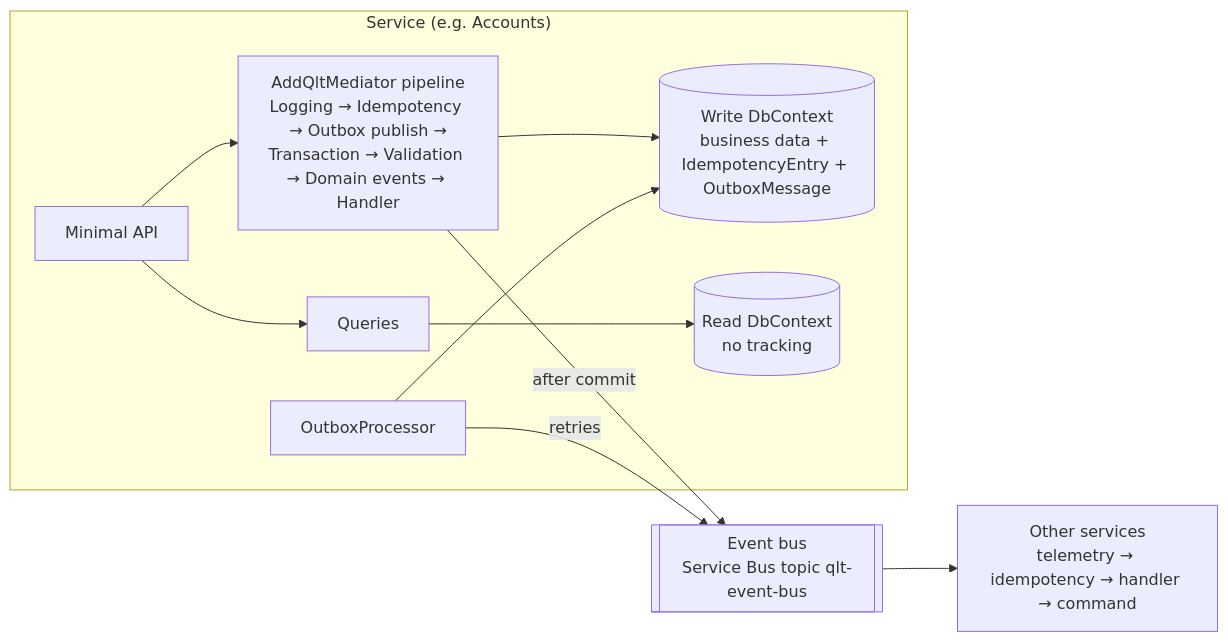
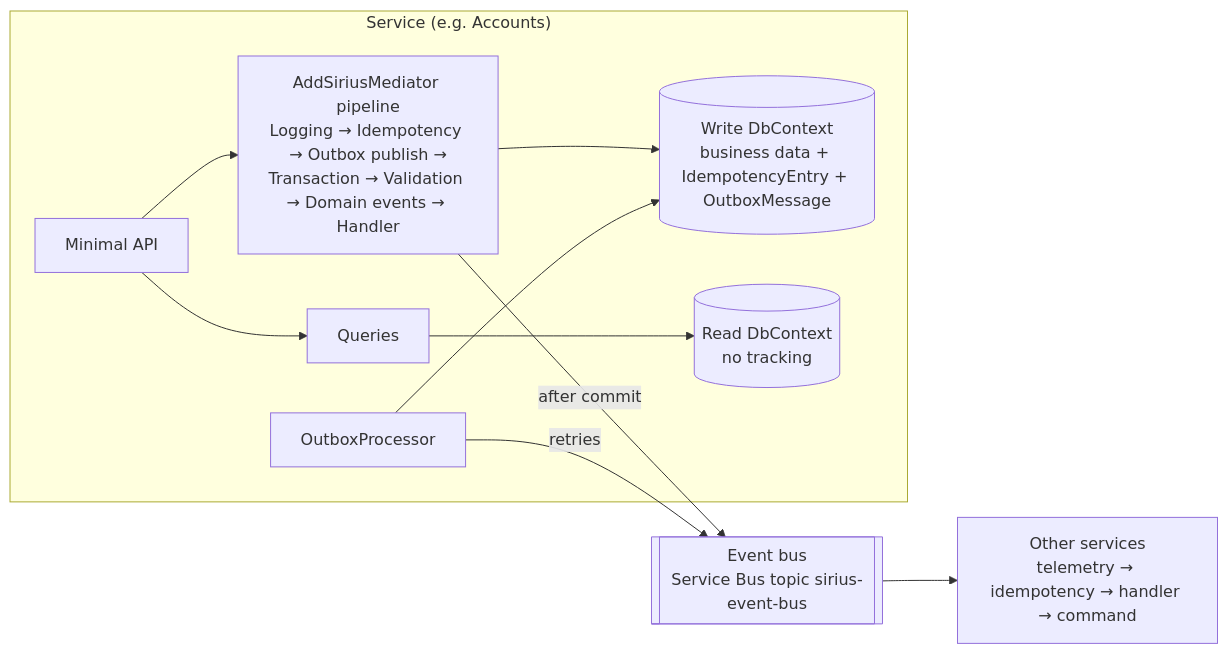
Before and after one commit to miquelalcaraz/Labs.ServicePlatform: the diagram in docs/architecture/README.md, drawn with Mermaid. The commit also changed other lines of this file and 1116 other files, not shown here.

````diff
--- a/docs/architecture/README.md
+++ b/docs/architecture/README.md
@@ -11,12 +11,12 @@
 ```mermaid
 flowchart LR
     subgraph SVC["Service (e.g. Accounts)"]
-        API["Minimal API"] --> PIPE["AddQltMediator pipeline<br/>Logging → Idempotency → Outbox publish →<br/>Transaction → Validation → Domain events → Handler"]
+        API["Minimal API"] --> PIPE["AddSiriusMediator pipeline<br/>Logging → Idempotency → Outbox publish →<br/>Transaction → Validation → Domain events → Handler"]
         PIPE --> WDB[("Write DbContext<br/>business data + IdempotencyEntry + OutboxMessage")]
         API --> QRY["Queries"] --> RDB[("Read DbContext<br/>no tracking")]
         OP["OutboxProcessor"] --> WDB
     end
-    PIPE -- "after commit" --> BUS[["Event bus<br/>Service Bus topic qlt-event-bus"]]
+    PIPE -- "after commit" --> BUS[["Event bus<br/>Service Bus topic sirius-event-bus"]]
     OP -- "retries" --> BUS
     BUS --> CONS["Other services<br/>telemetry → idempotency → handler → command"]
 ```
````
